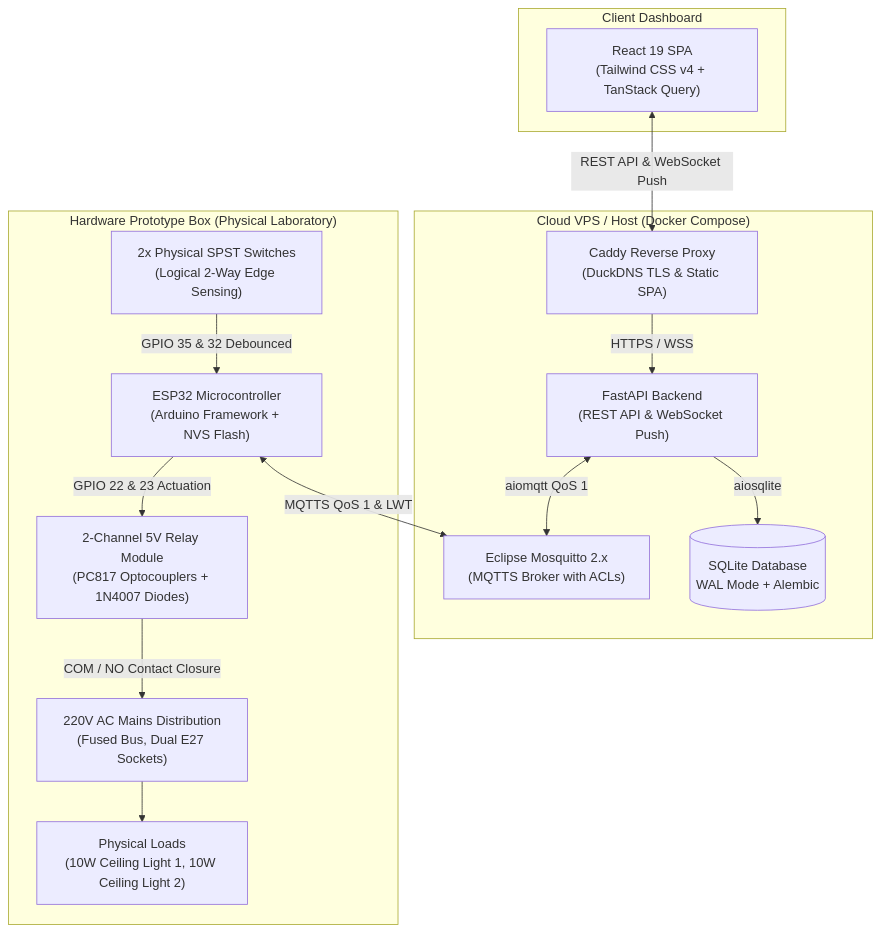
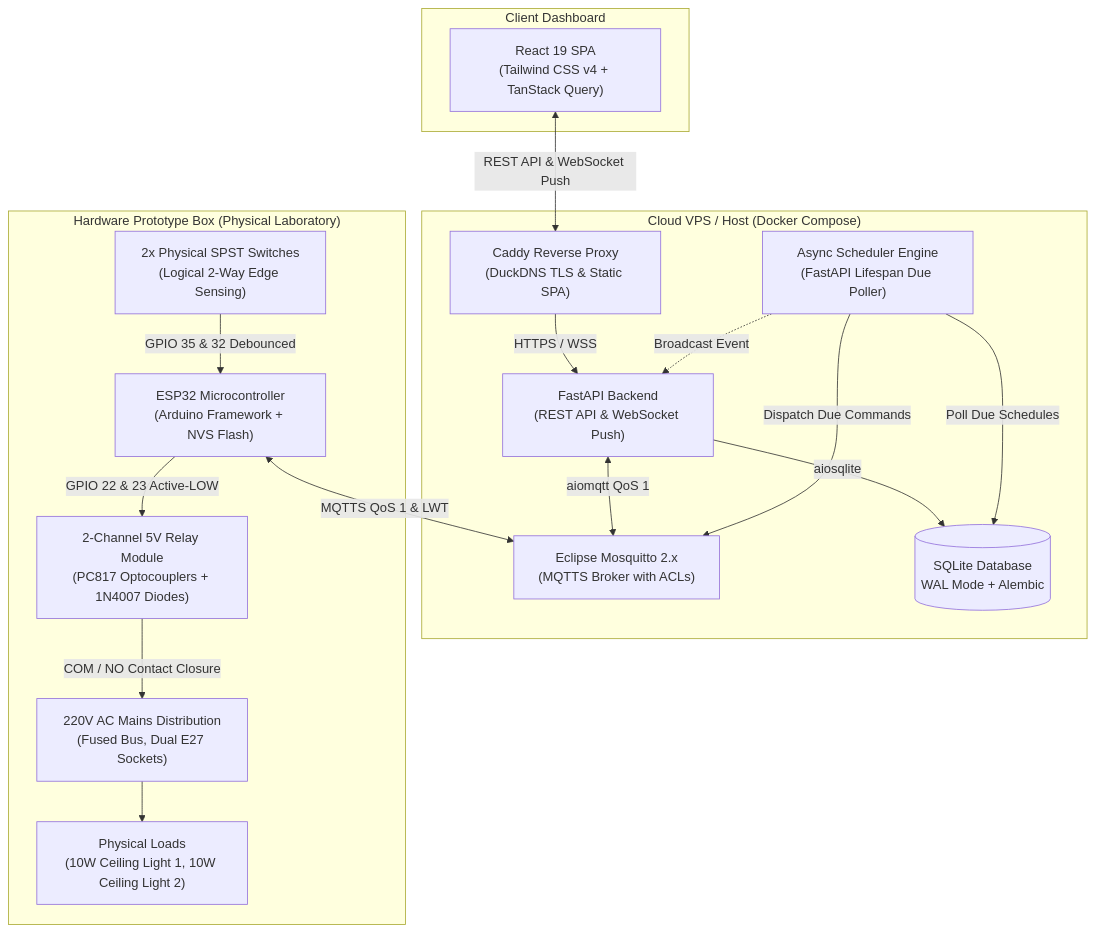
Before and after one commit to saxrael/SAOCS: the first of 4 diagrams in README.md, drawn with Mermaid. The commit also changed other lines of this file, not shown here.

Commit message:
docs(readme): reconcile master README with 2-channel hardware, active-LOW polarity, and scheduler engine

````diff
--- a/README.md
+++ b/README.md
@@ -44,33 +45,37 @@
 ```mermaid
 graph TB
     subgraph CloudVPS["Cloud VPS / Host (Docker Compose)"]
         Caddy["Caddy Reverse Proxy<br/>(DuckDNS TLS & Static SPA)"]
         FastAPI["FastAPI Backend<br/>(REST API & WebSocket Push)"]
+        Scheduler["Async Scheduler Engine<br/>(FastAPI Lifespan Due Poller)"]
         Mosquitto["Eclipse Mosquitto 2.x<br/>(MQTTS Broker with ACLs)"]
         SQLite[("SQLite Database<br/>WAL Mode + Alembic")]
         
         Caddy -->|HTTPS / WSS| FastAPI
         FastAPI -->|aiosqlite| SQLite
         FastAPI <-->|aiomqtt QoS 1| Mosquitto
+        Scheduler -->|Poll Due Schedules| SQLite
+        Scheduler -->|Dispatch Due Commands| Mosquitto
+        Scheduler -.->|Broadcast Event| FastAPI
     end
 
     subgraph ClientBrowser["Client Dashboard"]
         ReactApp["React 19 SPA<br/>(Tailwind CSS v4 + TanStack Query)"]
     end
 
     subgraph EdgeDevice["Hardware Prototype Box (Physical Laboratory)"]
         ESP32["ESP32 Microcontroller<br/>(Arduino Framework + NVS Flash)"]
         RelayBoard["2-Channel 5V Relay Module<br/>(PC817 Optocouplers + 1N4007 Diodes)"]
         WallSwitches["2x Physical SPST Switches<br/>(Logical 2-Way Edge Sensing)"]
         MainsAC["220V AC Mains Distribution<br/>(Fused Bus, Dual E27 Sockets)"]
         Appliances["Physical Loads<br/>(10W Ceiling Light 1, 10W Ceiling Light 2)"]
 
         WallSwitches -->|GPIO 35 & 32 Debounced| ESP32
-        ESP32 -->|GPIO 22 & 23 Actuation| RelayBoard
+        ESP32 -->|GPIO 22 & 23 Active-LOW| RelayBoard
         RelayBoard -->|COM / NO Contact Closure| MainsAC
         MainsAC --> Appliances
     end
 
     ReactApp <-->|REST API & WebSocket Push| Caddy
     ESP32 <-->|MQTTS QoS 1 & LWT| Mosquitto
 ```
````
